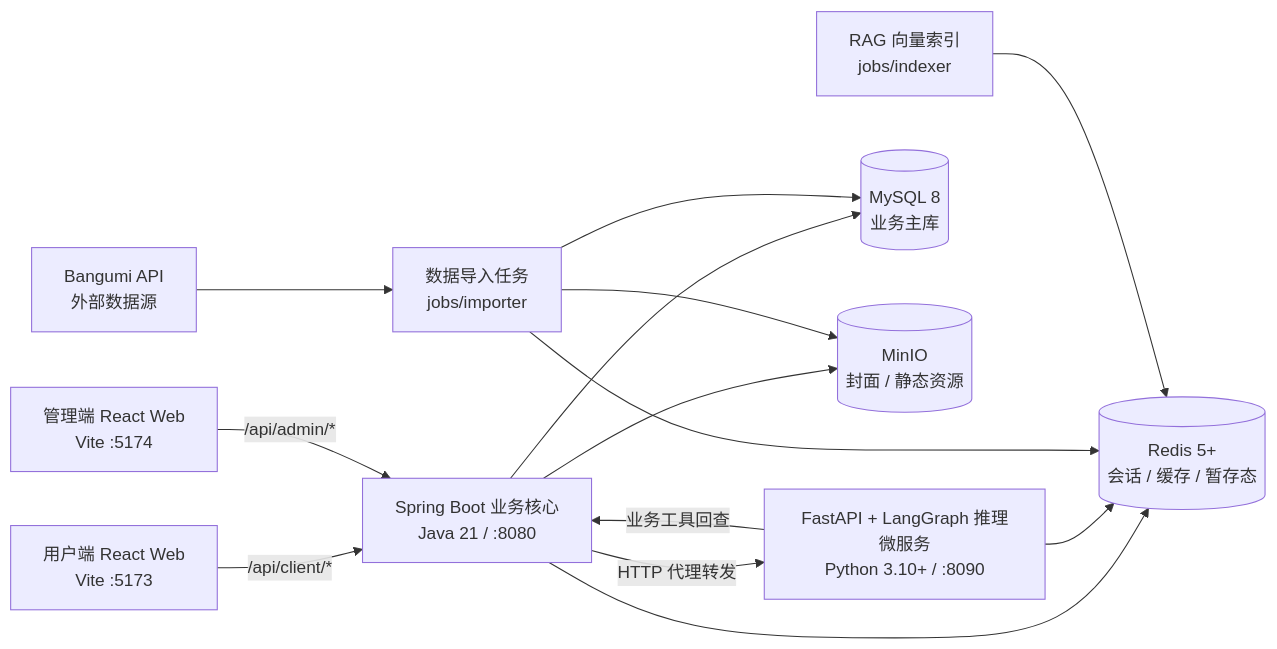
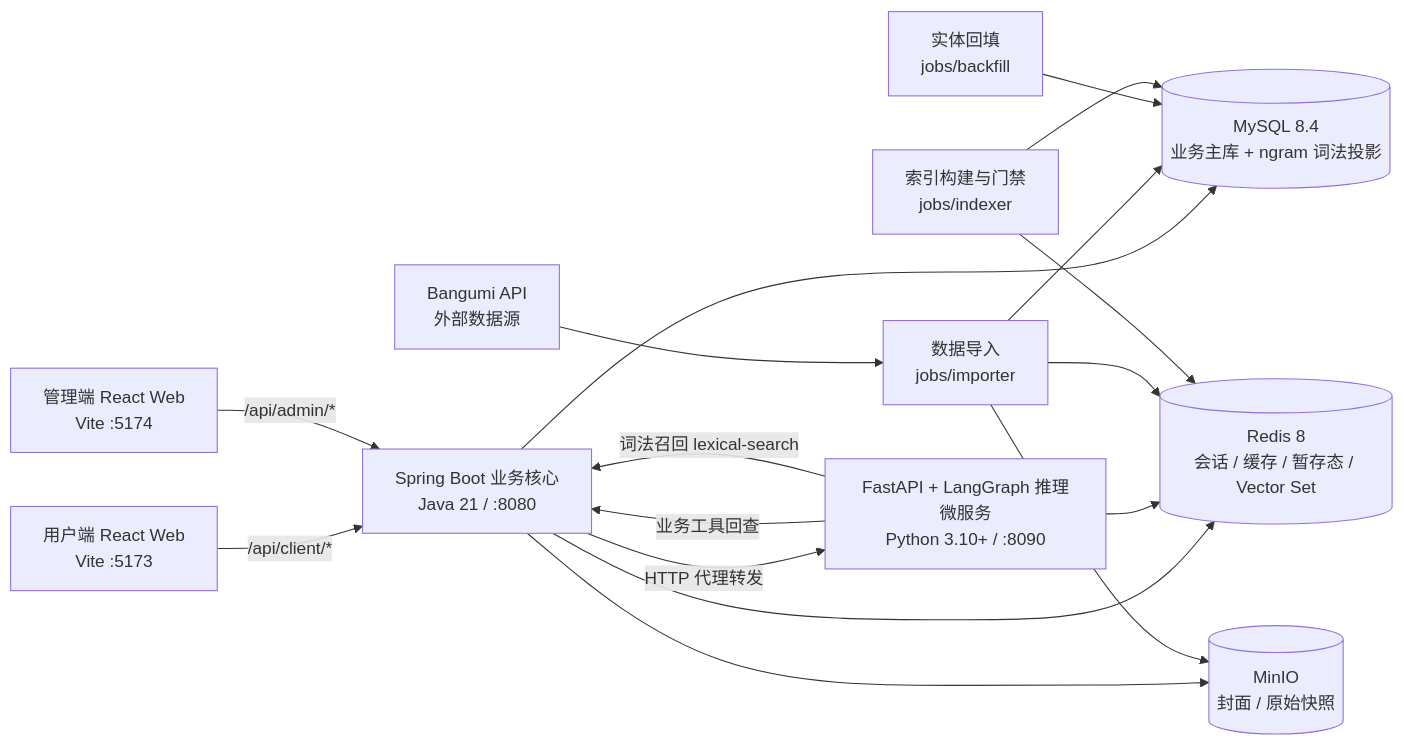
Before and after one commit to zhaizzH/AnimeTracker: the second of 2 diagrams in README.md, drawn with Mermaid. The commit also changed other lines of this file and 5 other files, not shown here.

````diff
--- a/README.md
+++ b/README.md
@@ -79,27 +95,31 @@
 ```mermaid
 flowchart LR
     Client["用户端 React Web<br/>Vite :5173"]
     Admin["管理端 React Web<br/>Vite :5174"]
     Business["Spring Boot 业务核心<br/>Java 21 / :8080"]
     Agent["FastAPI + LangGraph 推理微服务<br/>Python 3.10+ / :8090"]
-    MySQL[("MySQL 8<br/>业务主库")]
-    Redis[("Redis 5+<br/>会话 / 缓存 / 暂存态")]
-    MinIO[("MinIO<br/>封面 / 静态资源")]
+    MySQL[("MySQL 8.4<br/>业务主库 + ngram 词法投影")]
+    Redis[("Redis 8<br/>会话 / 缓存 / 暂存态 / Vector Set")]
+    MinIO[("MinIO<br/>封面 / 原始快照")]
     Bangumi["Bangumi API<br/>外部数据源"]
-    Importer["数据导入任务<br/>jobs/importer"]
-    Indexer["RAG 向量索引<br/>jobs/indexer"]
+    Importer["数据导入<br/>jobs/importer"]
+    Backfill["实体回填<br/>jobs/backfill"]
+    Indexer["索引构建与门禁<br/>jobs/indexer"]
 
     Client -->|/api/client/*| Business
     Admin -->|/api/admin/*| Business
     Business -->|HTTP 代理转发| Agent
     Agent -->|业务工具回查| Business
     Business --> MySQL
     Business --> Redis
     Business --> MinIO
     Agent --> Redis
+    Agent -->|词法召回 lexical-search| Business
     Bangumi --> Importer
     Importer --> MySQL
     Importer --> MinIO
     Importer --> Redis
+    Backfill --> MySQL
+    Indexer --> MySQL
     Indexer --> Redis
 ```
````
